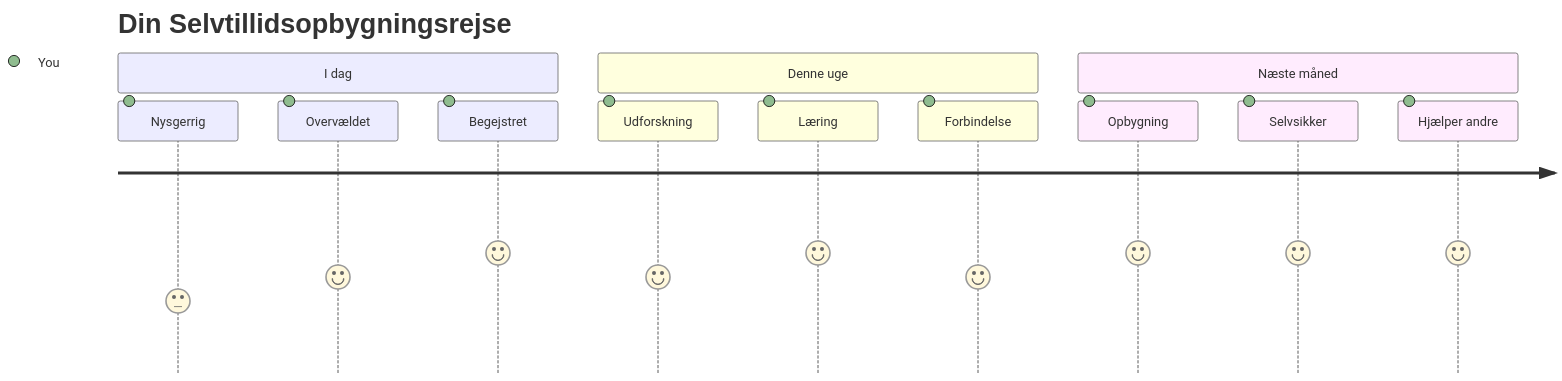
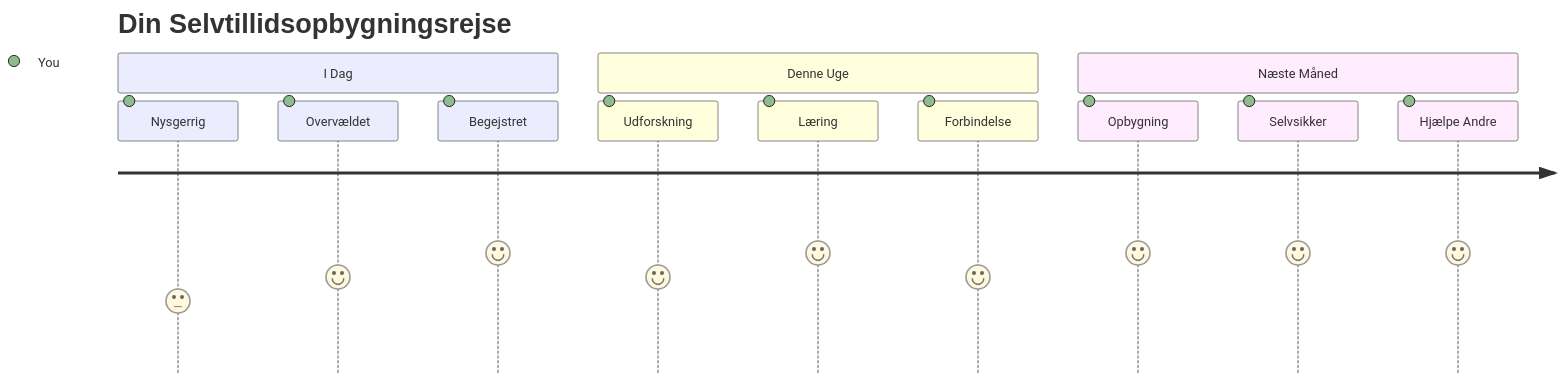
Before and after one commit to microsoft/Web-Dev-For-Beginners: the seventh of 7 diagrams in translations/da/1-getting-started-lessons/1-intro-to-programming-languages/README.md, drawn with Mermaid. The commit also changed other lines of this file and 11 other files, not shown here.

````diff
--- a/translations/da/1-getting-started-lessons/1-intro-to-programming-languages/README.md
+++ b/translations/da/1-getting-started-lessons/1-intro-to-programming-languages/README.md
@@ -833,16 +833,16 @@
 ```mermaid
 journey
     title Din Selvtillidsopbygningsrejse
-    section I dag
+    section I Dag
       Nysgerrig: 3: You
       Overvældet: 4: You
       Begejstret: 5: You
-    section Denne uge
+    section Denne Uge
       Udforskning: 4: You
       Læring: 5: You
       Forbindelse: 4: You
-    section Næste måned
+    section Næste Måned
       Opbygning: 5: You
       Selvsikker: 5: You
-      Hjælper andre: 5: You
+      Hjælpe Andre: 5: You
 ```
````
